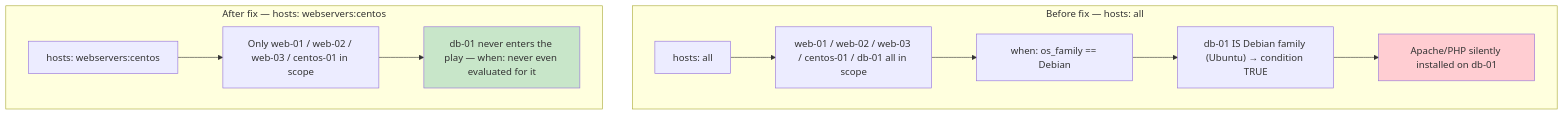
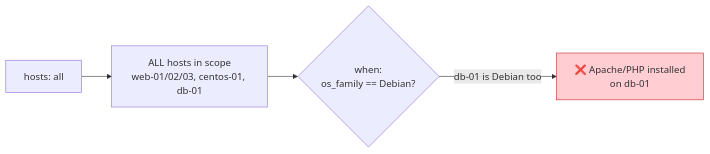
One commit to Verdhiya/ansible-infrastructure changed the sixth of 9 diagrams in README.md. Above: the diagram before and after it, drawn with Mermaid. The commit also changed other lines of this file, not shown here.

````diff
--- a/README.md
+++ b/README.md
@@ -176,17 +178,8 @@
 ```mermaid
-flowchart TD
-    subgraph Before["Before fix — hosts: all"]
-        A1[hosts: all] --> B1[web-01 / web-02 / web-03 / centos-01 / db-01 all in scope]
-        B1 --> C1["when: os_family == Debian"]
-        C1 --> D1["db-01 IS Debian family (Ubuntu) → condition TRUE"]
-        D1 --> E1["Apache/PHP silently installed on db-01"]
-    end
+flowchart LR
+    A["hosts: all"] --> B["ALL hosts in scope<br/>web-01/02/03, centos-01, db-01"]
+    B --> C{"when:<br/>os_family == Debian?"}
+    C -->|"db-01 is Debian too"| D["❌ Apache/PHP installed<br/>on db-01"]
 
-    subgraph After["After fix — hosts: webservers:centos"]
-        A2["hosts: webservers:centos"] --> B2["Only web-01 / web-02 / web-03 / centos-01 in scope"]
-        B2 --> C2["db-01 never enters the play — when: never even evaluated for it"]
-    end
-
-    style E1 fill:#ffcdd2
-    style C2 fill:#c8e6c9
+    style D fill:#ffcdd2,stroke:#c62828
 ```
````
